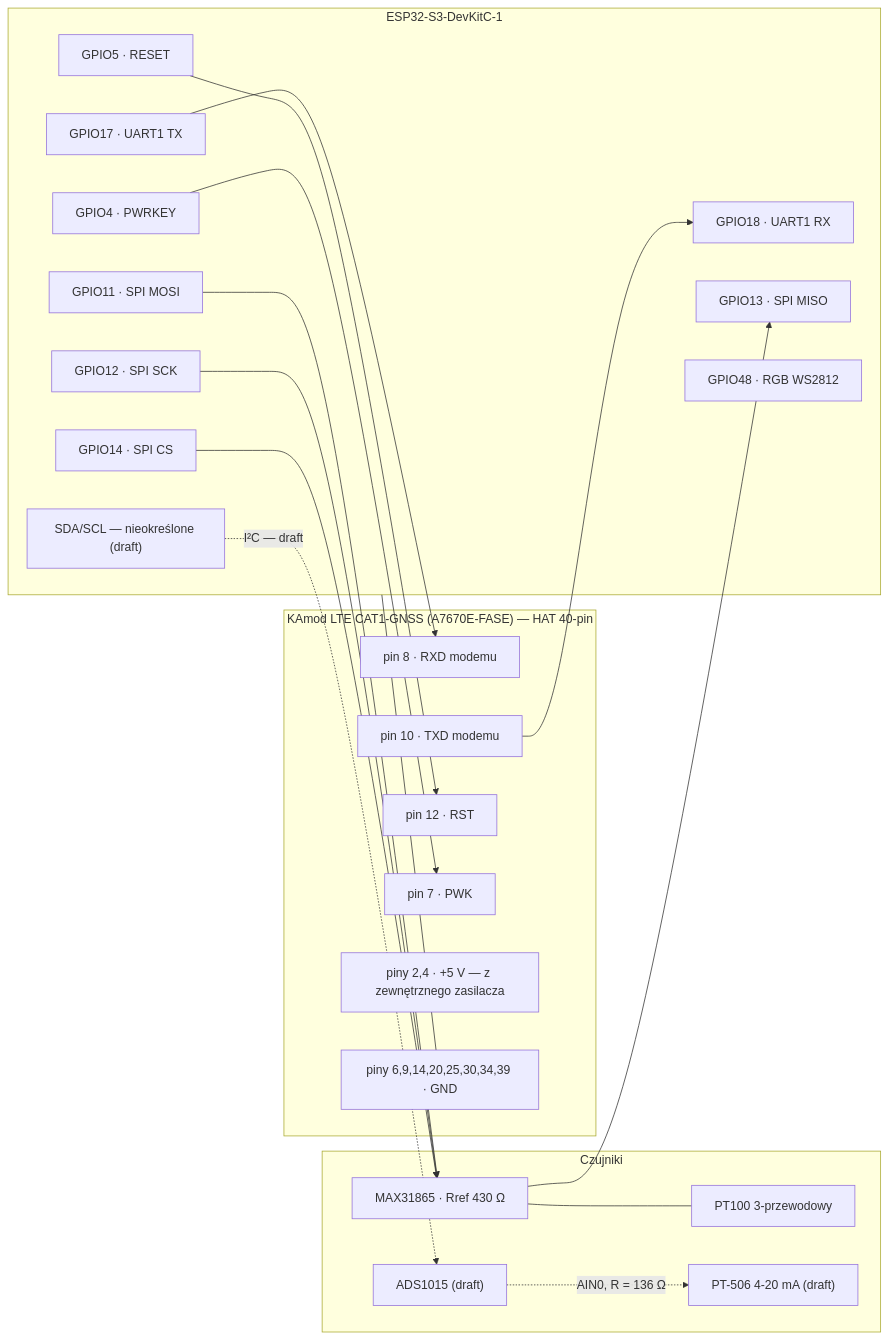
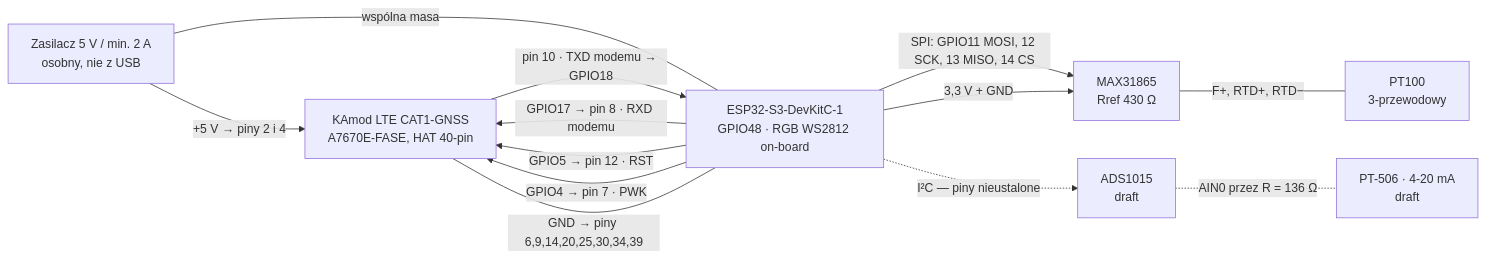
The second of 5 diagrams in docs/technical/firmware/00_przeglad.md (LukaszPiasecki13/waterworks-monitoring-platform), drawn with Mermaid before and after one commit. The commit also changed 1 other file, not shown here.

Commit message:
docs/firmware: poprawki po drugim review
- 07: przykłady logu miały format [INFO][TAG], a Logger.h produkuje
  [millis][INFO][TAG]. Technik porównujący monitor z instrukcją widziałby
  dodatkowe pole. Uzupełnione o znaczniki czasu, spójne z 05.
- 00: mermaidowy zapas schematu połączeń renderował się jako plątanina —
  każdy pin był osobnym węzłem. Przepisany na model "moduł jako węzeł,
  piny na etykietach krawędzi".

Claude-Session: https://claude.ai/code/session_01WzrRP5eM3LJ3t28JFAiCTg

````diff
--- a/docs/technical/firmware/00_przeglad.md
+++ b/docs/technical/firmware/00_przeglad.md
@@ -77,46 +77,25 @@
 ```mermaid
 flowchart LR
-    subgraph HAT["KAmod LTE CAT1-GNSS (A7670E-FASE) — HAT 40-pin"]
-        H8["pin 8 · RXD modemu"]
-        H10["pin 10 · TXD modemu"]
-        H12["pin 12 · RST"]
-        H7["pin 7 · PWK"]
-        HP["piny 2,4 · +5 V — z zewnętrznego zasilacza"]
-        HG["piny 6,9,14,20,25,30,34,39 · GND"]
-    end
+    PWR["Zasilacz 5 V / min. 2 A<br/>osobny, nie z USB"]
+    HAT["KAmod LTE CAT1-GNSS<br/>A7670E-FASE, HAT 40-pin"]
+    ESP["ESP32-S3-DevKitC-1<br/>GPIO48 · RGB WS2812 on-board"]
+    MAX["MAX31865<br/>Rref 430 Ω"]
+    PT["PT100<br/>3-przewodowy"]
+    ADS["ADS1015<br/>draft"]
+    PT506["PT-506 · 4-20 mA<br/>draft"]
 
-    subgraph ESP["ESP32-S3-DevKitC-1"]
-        G17["GPIO17 · UART1 TX"]
-        G18["GPIO18 · UART1 RX"]
-        G5["GPIO5 · RESET"]
-        G4["GPIO4 · PWRKEY"]
-        G11["GPIO11 · SPI MOSI"]
-        G12["GPIO12 · SPI SCK"]
-        G13["GPIO13 · SPI MISO"]
-        G14["GPIO14 · SPI CS"]
-        G48["GPIO48 · RGB WS2812"]
-        GI["SDA/SCL — nieokreślone (draft)"]
-    end
+    PWR -- "+5 V → piny 2 i 4" --> HAT
+    PWR -- "wspólna masa" --- ESP
+    ESP -- "GPIO17 → pin 8 · RXD modemu" --> HAT
+    HAT -- "pin 10 · TXD modemu → GPIO18" --> ESP
+    ESP -- "GPIO5 → pin 12 · RST" --> HAT
+    ESP -- "GPIO4 → pin 7 · PWK" --> HAT
+    ESP -- "GND → piny 6,9,14,20,25,30,34,39" --- HAT
 
-    subgraph SENS["Czujniki"]
-        MAX["MAX31865 · Rref 430 Ω"]
-        PT100["PT100 3-przewodowy"]
-        ADS["ADS1015 (draft)"]
-        PT506["PT-506 4-20 mA (draft)"]
-    end
+    ESP -- "SPI: GPIO11 MOSI, 12 SCK, 13 MISO, 14 CS" --> MAX
+    ESP -- "3,3 V + GND" --> MAX
+    MAX -- "F+, RTD+, RTD−" --- PT
 
-    G17 --> H8
-    H10 --> G18
-    G5 --> H12
-    G4 --> H7
-    ESP --- HG
-
-    G11 --> MAX
-    G12 --> MAX
-    MAX --> G13
-    G14 --> MAX
-    MAX --- PT100
-
-    GI -. "I²C — draft" .-> ADS
-    ADS -. "AIN0, R = 136 Ω" .-> PT506
+    ESP -. "I²C — piny nieustalone" .-> ADS
+    ADS -. "AIN0 przez R = 136 Ω" .- PT506
 ```
````
